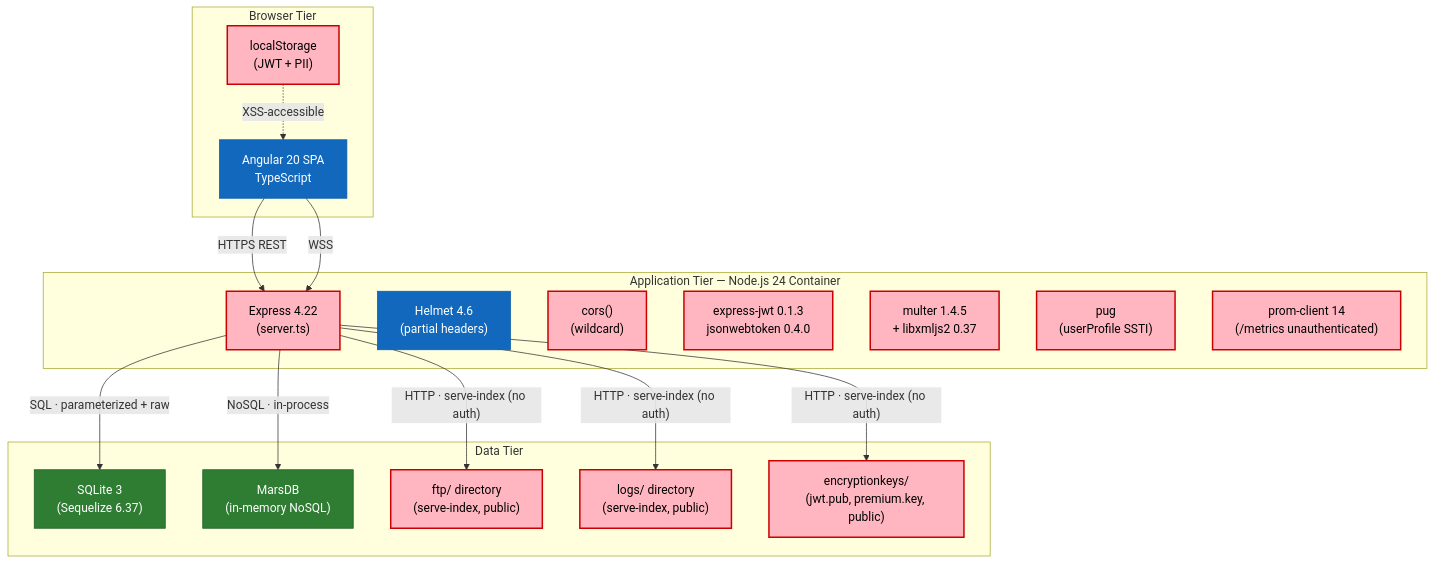
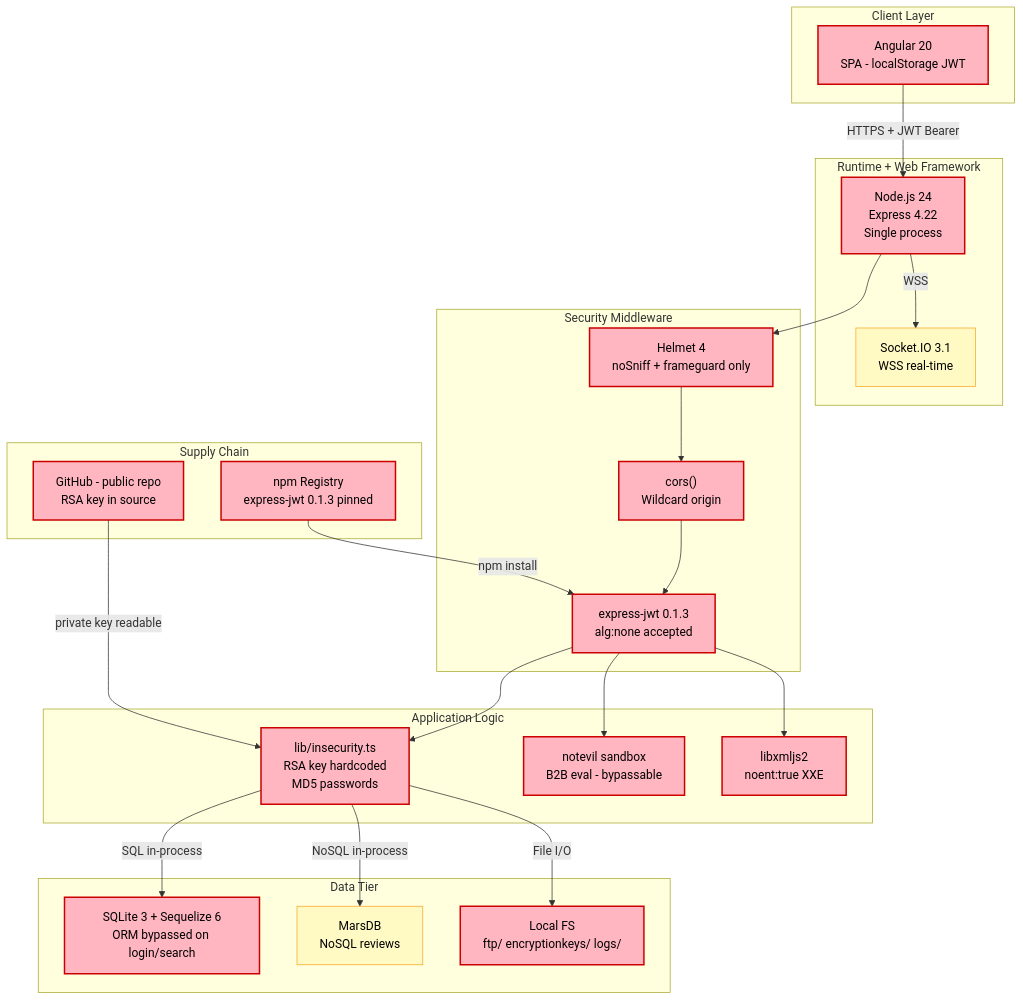
One commit to appsec-foundry/appsec-advisor changed the fourth of 17 diagrams in examples/juice-shop/threat-model-juiceshop-thorough.md. Above: the diagram before and after it, drawn with Mermaid. The commit also changed other lines of this file and 12 other files, not shown here.

Commit message:
new schema & quality enforcement implemented

````diff
--- a/examples/juice-shop/threat-model-juiceshop-thorough.md
+++ b/examples/juice-shop/threat-model-juiceshop-thorough.md
@@ -384,40 +435,52 @@
 ```mermaid
-graph TD
-    subgraph BROWSER_TIER["Browser Tier"]
-        NG["Angular 20 SPA\nTypeScript"]:::system
-        LS["localStorage\n(JWT + PII)"]:::risk
+graph TB
+    classDef risk fill:#FFB6C1,stroke:#c00,color:#000,stroke-width:2px
+    classDef warn fill:#FFF9C4,stroke:#f9a825,color:#000
+    classDef ok   fill:#C8E6C9,stroke:#388e3c,color:#000
+
+    subgraph CLIENT["Client Layer"]
+        Angular["Angular 20<br/>SPA - localStorage JWT"]:::risk
     end
 
-    subgraph APP_TIER["Application Tier — Node.js 24 Container"]
-        EXP["Express 4.22\n(server.ts)"]:::risk
-        HELM["Helmet 4.6\n(partial headers)"]:::system
-        CORS_MW["cors()\n(wildcard)"]:::risk
-        JWT_MW["express-jwt 0.1.3\njsonwebtoken 0.4.0"]:::risk
-        MULTER["multer 1.4.5\n+ libxmljs2 0.37"]:::risk
-        PUG["pug\n(userProfile SSTI)"]:::risk
-        PROM["prom-client 14\n(/metrics unauthenticated)"]:::risk
+    subgraph RUNTIME["Runtime + Web Framework"]
+        NodeJS["Node.js 24<br/>Express 4.22<br/>Single process"]:::risk
+        SocketIOSrv["Socket.IO 3.1<br/>WSS real-time"]:::warn
     end
 
-    subgraph DATA_TIER["Data Tier"]
-        SQ["SQLite 3\n(Sequelize 6.37)"]:::db
-        MD["MarsDB\n(in-memory NoSQL)"]:::db
-        FTP["ftp/ directory\n(serve-index, public)"]:::risk
-        LOGS["logs/ directory\n(serve-index, public)"]:::risk
-        KEYS["encryptionkeys/\n(jwt.pub, premium.key, public)"]:::risk
+    subgraph MIDDLEWARE["Security Middleware"]
+        HelmChain["Helmet 4<br/>noSniff + frameguard only"]:::risk
+        CORSMw["cors()<br/>Wildcard origin"]:::risk
+        JWTMw["express-jwt 0.1.3<br/>alg:none accepted"]:::risk
     end
 
-    NG -->|"HTTPS REST"| EXP
-    NG -->|"WSS"| EXP
-    LS -.->|"XSS-accessible"| NG
-    EXP -->|"SQL · parameterized + raw"| SQ
-    EXP -->|"NoSQL · in-process"| MD
-    EXP -->|"HTTP · serve-index (no auth)"| FTP
-    EXP -->|"HTTP · serve-index (no auth)"| LOGS
-    EXP -->|"HTTP · serve-index (no auth)"| KEYS
+    subgraph APPSEC["Application Logic"]
+        InsecurityLib["lib/insecurity.ts<br/>RSA key hardcoded<br/>MD5 passwords"]:::risk
+        NotEvilSbx["notevil sandbox<br/>B2B eval - bypassable"]:::risk
+        LibXML["libxmljs2<br/>noent:true XXE"]:::risk
+    end
 
-    classDef person fill:#08427B,stroke:#073B6F,color:#fff
-    classDef system fill:#1168BD,stroke:#0E5CA8,color:#fff
-    classDef external fill:#999,stroke:#666,color:#fff
-    classDef db fill:#2E7D32,stroke:#1B5E20,color:#fff
-    classDef risk fill:#FFB6C1,stroke:#c00,color:#000,stroke-width:2px
+    subgraph DATASTIER["Data Tier"]
+        SQLiteORM["SQLite 3 + Sequelize 6<br/>ORM bypassed on login/search"]:::risk
+        MarsDBNS["MarsDB<br/>NoSQL reviews"]:::warn
+        LocalFileSys["Local FS<br/>ftp/ encryptionkeys/ logs/"]:::risk
+    end
+
+    subgraph GITHUB["Supply Chain"]
+        GHPublic["GitHub - public repo<br/>RSA key in source"]:::risk
+        NPMDeps["npm Registry<br/>express-jwt 0.1.3 pinned"]:::risk
+    end
+
+    Angular -->|"HTTPS + JWT Bearer"| NodeJS
+    NodeJS -->|"WSS"| SocketIOSrv
+    NodeJS --> HelmChain
+    HelmChain --> CORSMw
+    CORSMw --> JWTMw
+    JWTMw --> InsecurityLib
+    JWTMw --> NotEvilSbx
+    JWTMw --> LibXML
+    InsecurityLib -->|"SQL in-process"| SQLiteORM
+    InsecurityLib -->|"NoSQL in-process"| MarsDBNS
+    InsecurityLib -->|"File I/O"| LocalFileSys
+    GHPublic -->|"private key readable"| InsecurityLib
+    NPMDeps -->|"npm install"| JWTMw
 ```
````
